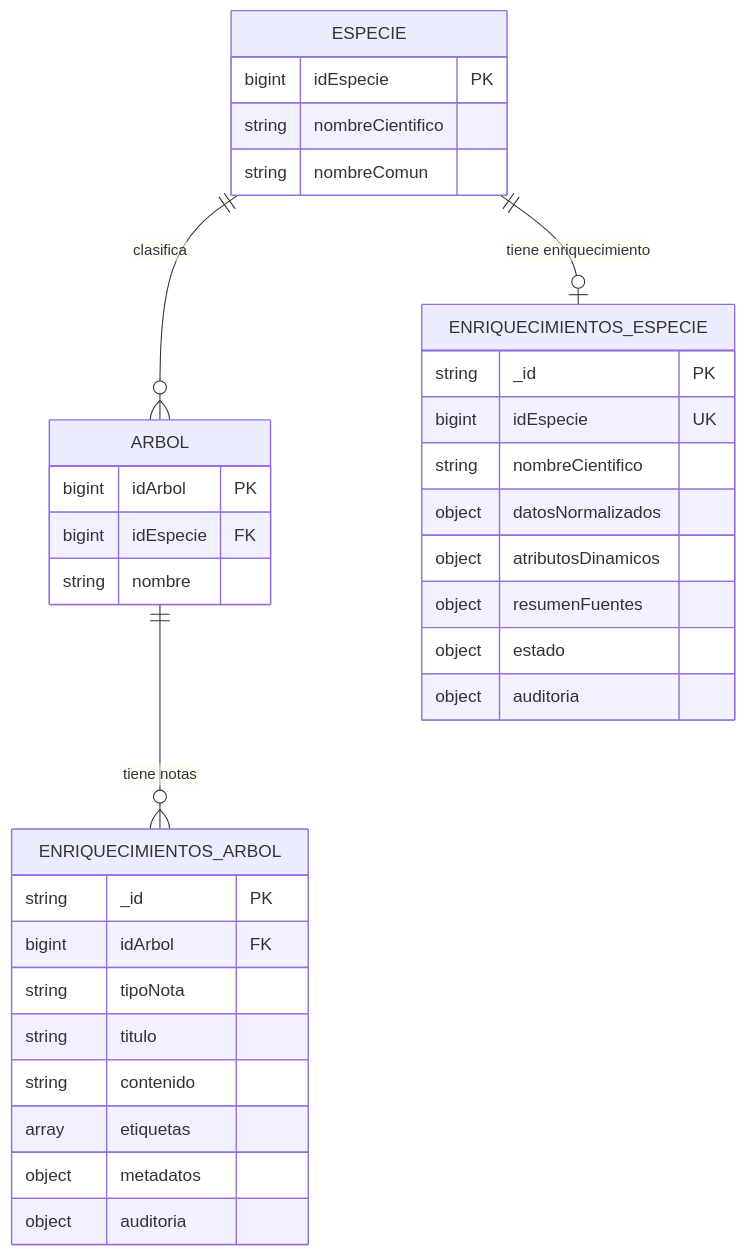
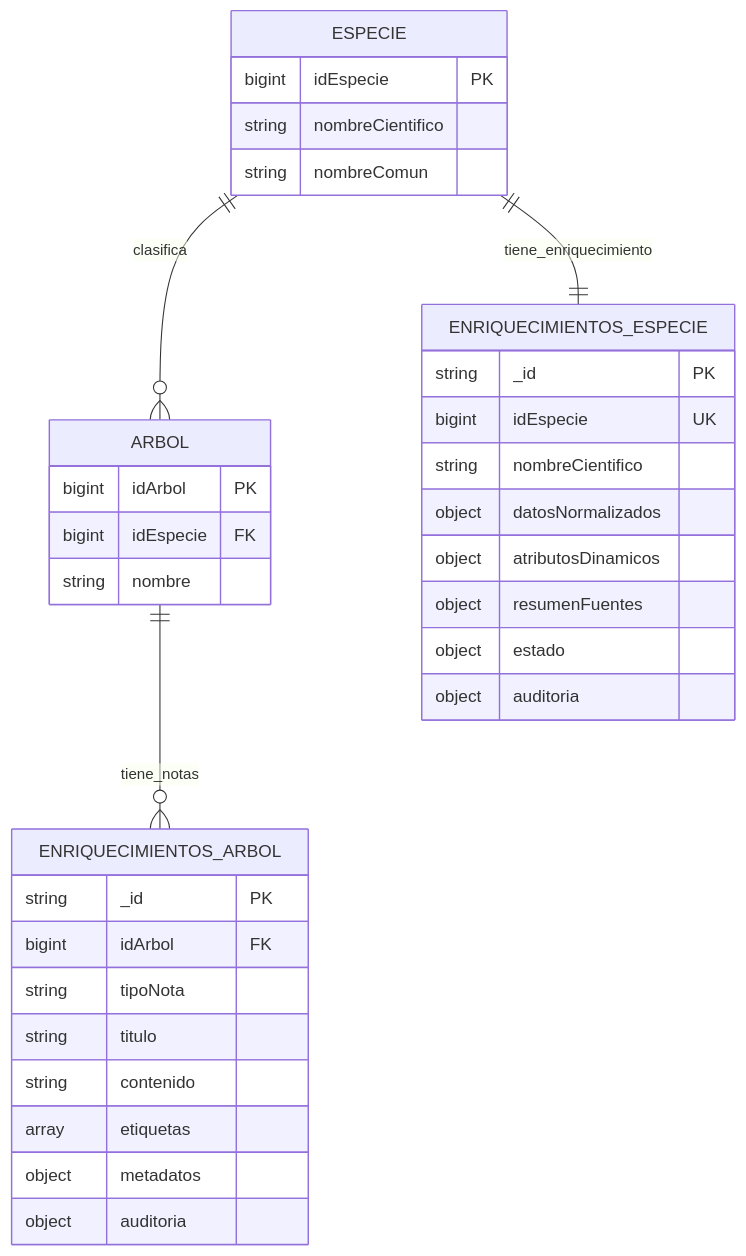
One commit to LIDR-academy/AI4Devs-finalproject changed diagram 15 of 18 in readme.md. Above: the diagram before and after it, drawn with Mermaid. The commit also changed other lines of this file and 1 other file, not shown here.

Commit message:
Se actualiza readme general

````diff
--- a/readme.md
+++ b/readme.md
@@ -859,40 +858,40 @@
 ```mermaid
 erDiagram
-    ESPECIE ||--o{ ARBOL : "clasifica"
-    ESPECIE ||--o| ENRIQUECIMIENTOS_ESPECIE : "tiene enriquecimiento"
-    ARBOL ||--o{ ENRIQUECIMIENTOS_ARBOL : "tiene notas"
+    ESPECIE ||--o{ ARBOL : clasifica
+    ESPECIE ||--|| ENRIQUECIMIENTOS_ESPECIE : tiene_enriquecimiento
+    ARBOL ||--o{ ENRIQUECIMIENTOS_ARBOL : tiene_notas
 
     ESPECIE {
         bigint idEspecie PK
         string nombreCientifico
         string nombreComun
     }
 
     ARBOL {
         bigint idArbol PK
         bigint idEspecie FK
         string nombre
     }
 
     ENRIQUECIMIENTOS_ESPECIE {
         string _id PK
         bigint idEspecie UK
         string nombreCientifico
         object datosNormalizados
         object atributosDinamicos
         object resumenFuentes
         object estado
         object auditoria
     }
 
     ENRIQUECIMIENTOS_ARBOL {
         string _id PK
         bigint idArbol FK
         string tipoNota
         string titulo
         string contenido
         array etiquetas
         object metadatos
         object auditoria
     }
 ```
````
